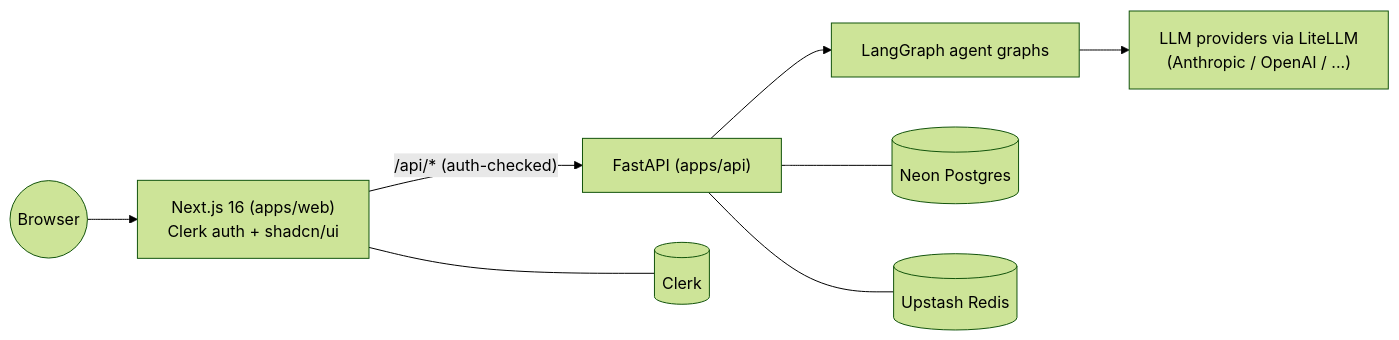
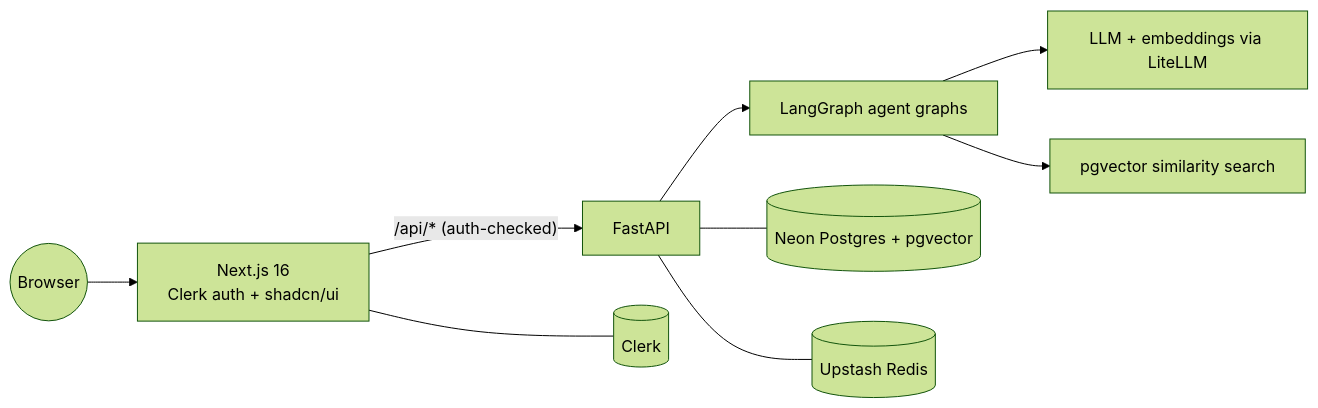
The diagram in README.md (nikamrohit18/ai-agents-workforce), drawn with Mermaid (forest theme) before and after one commit. The commit also changed other lines of this file and 10 other files, not shown here.

````diff
--- a/README.md
+++ b/README.md
@@ -14,10 +53,11 @@
 ```mermaid
 flowchart LR
-    User((Browser)) --> Web["Next.js 16 (apps/web)\nClerk auth + shadcn/ui"]
-    Web -->|"/api/* (auth-checked)"| API["FastAPI (apps/api)"]
+    User((Browser)) --> Web["Next.js 16\nClerk auth + shadcn/ui"]
+    Web -->|"/api/* (auth-checked)"| API["FastAPI"]
     API --> Graph["LangGraph agent graphs"]
-    Graph --> LLM["LLM providers via LiteLLM\n(Anthropic / OpenAI / ...)"]
+    Graph --> LLM["LLM + embeddings via LiteLLM"]
+    Graph --> Vec["pgvector similarity search"]
     Web --- Clerk[(Clerk)]
-    API --- PG[(Neon Postgres)]
+    API --- PG[(Neon Postgres + pgvector)]
     API --- Redis[(Upstash Redis)]
 ```
````
